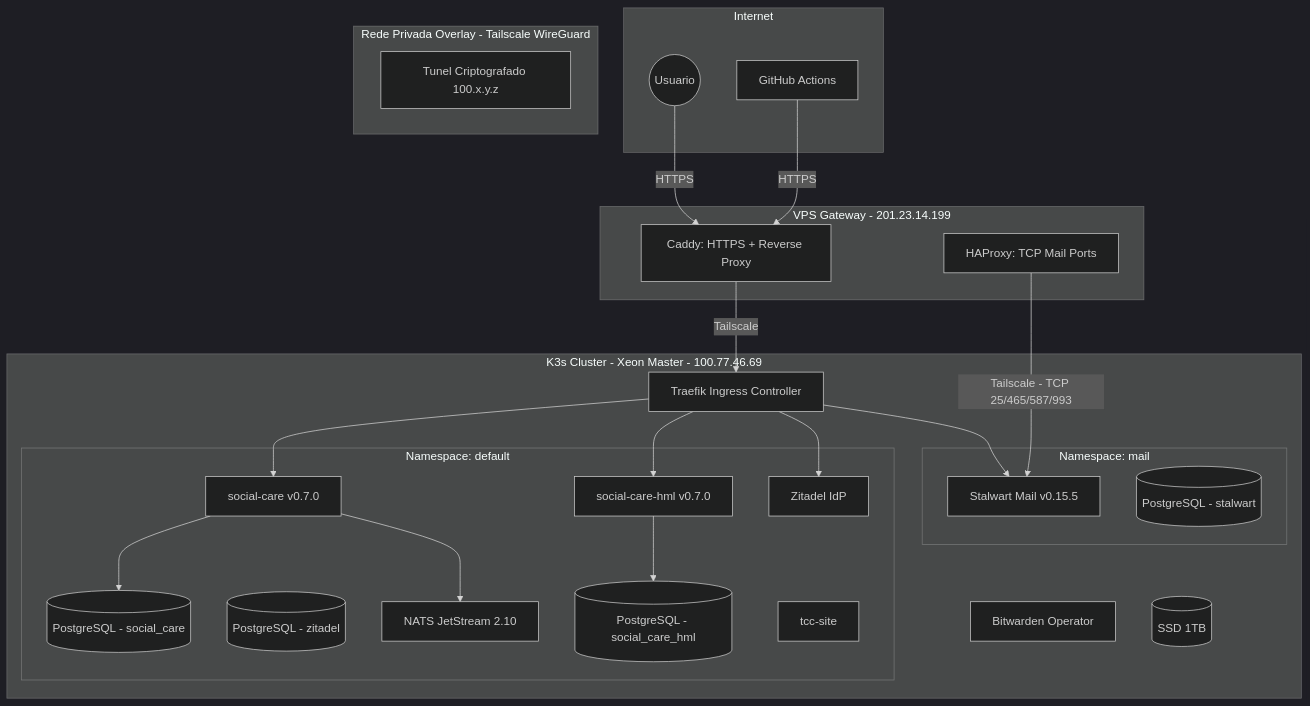
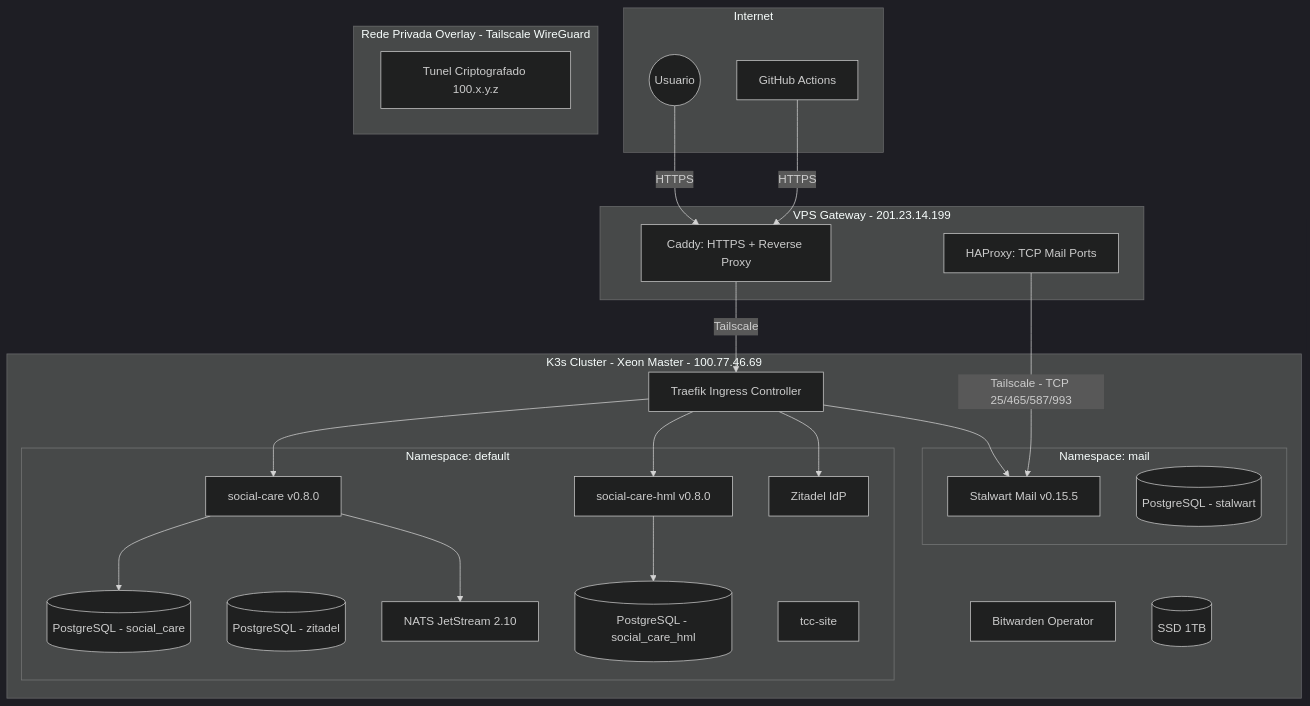
The diagram in docs/ARCHITECTURE.md (acdgbrasil/edge-cloud-infra), drawn with Mermaid (dark theme) before and after one commit. The commit also changed other lines of this file and 3 other files, not shown here.

First line of the commit message:
chore: bump social-care to v0.8.0 (prod + hml)

````diff
--- a/docs/ARCHITECTURE.md
+++ b/docs/ARCHITECTURE.md
@@ -11,51 +11,51 @@
 ```mermaid
 graph TD
     subgraph Internet
         User((Usuario))
         CI[GitHub Actions]
     end
 
     subgraph VPS[VPS Gateway - 201.23.14.199]
         Caddy[Caddy: HTTPS + Reverse Proxy]
         HAProxy[HAProxy: TCP Mail Ports]
     end
 
     subgraph Tailnet[Rede Privada Overlay - Tailscale WireGuard]
         T1[Tunel Criptografado 100.x.y.z]
     end
 
     subgraph K3s[K3s Cluster - Xeon Master - 100.77.46.69]
         Traefik[Traefik Ingress Controller]
 
         subgraph Apps[Namespace: default]
-            SC[social-care v0.7.0]
-            SC_HML[social-care-hml v0.7.0]
+            SC[social-care v0.8.0]
+            SC_HML[social-care-hml v0.8.0]
             PG_Main[(PostgreSQL - social_care)]
             PG_Zitadel[(PostgreSQL - zitadel)]
             PG_HML[(PostgreSQL - social_care_hml)]
             NATS[NATS JetStream 2.10]
             Zitadel[Zitadel IdP]
             TCC[tcc-site]
         end
 
         subgraph Mail[Namespace: mail]
             Stalwart[Stalwart Mail v0.15.5]
             PG_Mail[(PostgreSQL - stalwart)]
         end
 
         BW[Bitwarden Operator]
         SSD[(SSD 1TB)]
     end
 
     User -->|HTTPS| Caddy
     CI -->|HTTPS| Caddy
     Caddy -->|Tailscale| Traefik
     HAProxy -->|Tailscale - TCP 25/465/587/993| Stalwart
     Traefik --> SC
     Traefik --> SC_HML
     Traefik --> Zitadel
     Traefik --> Stalwart
     SC --> PG_Main
     SC --> NATS
     SC_HML --> PG_HML
 ```
````
